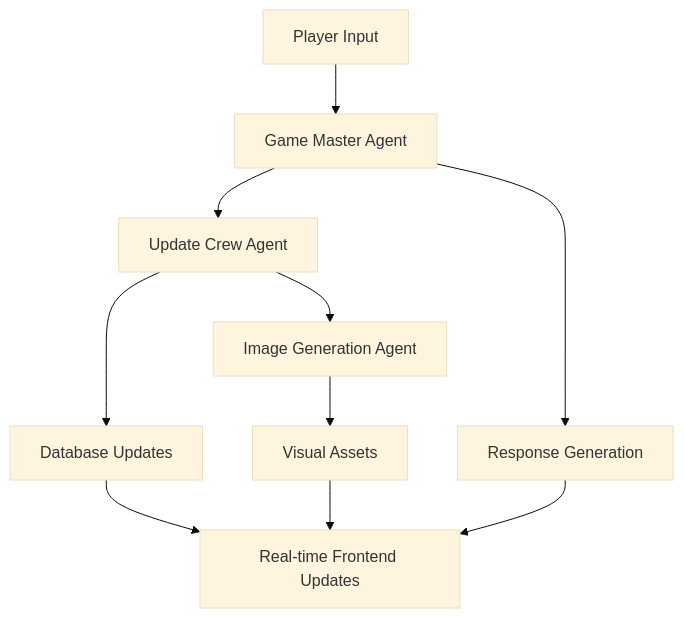
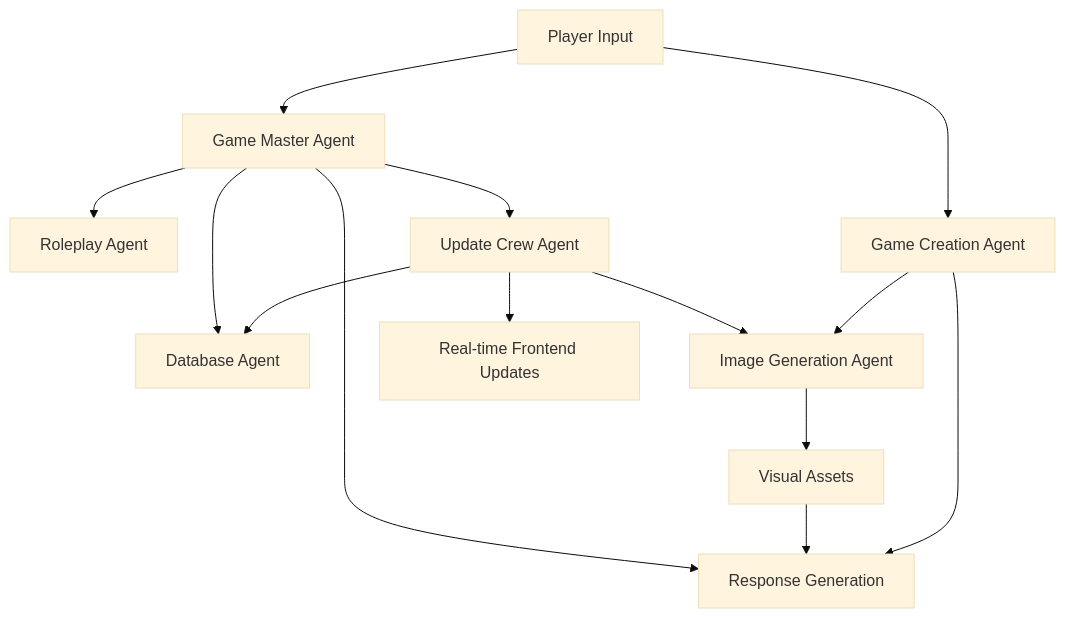
Before and after one commit to Divye2401/murdermystery: the diagram in README.md, drawn with Mermaid (base theme).

````diff
--- a/README.md
+++ b/README.md
@@ -59,12 +59,17 @@
 ```mermaid
 graph TD
     A[Player Input] --> B[Game Master Agent]
-    B --> C[Update Crew Agent]
-    C --> D[Database Updates]
-    C --> E[Image Generation Agent]
-    E --> F[Visual Assets]
-    B --> G[Response Generation]
-    D --> H[Real-time Frontend Updates]
+    B --> C[Database Agent]
+    B --> D[Roleplay Agent]
+    B --> E[Update Crew Agent]
+    E --> C[Database Agent]
+    E --> F[Image Generation Agent]
+    F --> G[Visual Assets]
+    B --> H[Response Generation]
+    E --> I[Real-time Frontend Updates]
     G --> H
-    F --> H
+    A -->J[Game Creation Agent]
+    J -->F
+    J -->H
+
 ```
````
